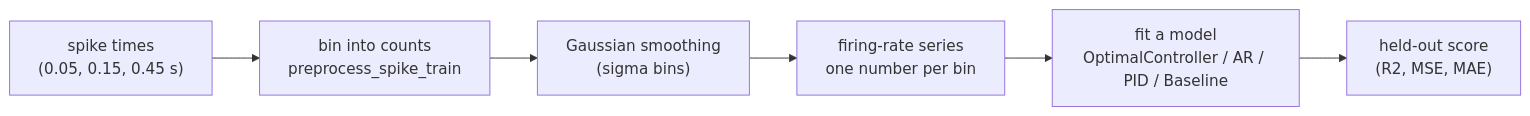
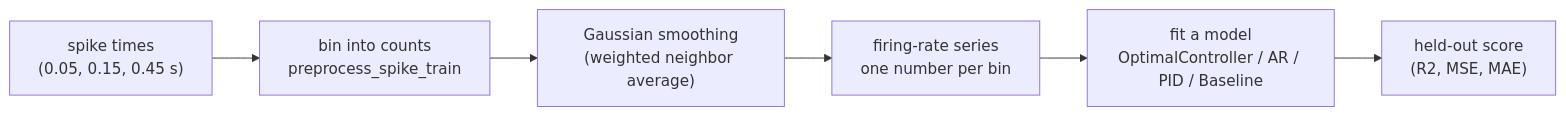
The first of 3 diagrams in docs/EXTENDED_INTRODUCTION.md (hwilner/neurons-adaptive-controllers), drawn with Mermaid before and after one commit. The commit also changed other lines of this file, not shown here.

````diff
--- a/docs/EXTENDED_INTRODUCTION.md
+++ b/docs/EXTENDED_INTRODUCTION.md
@@ -13,8 +15,8 @@
 ```mermaid
 flowchart LR
     A["spike times<br/>(0.05, 0.15, 0.45 s)"] --> B["bin into counts<br/>preprocess_spike_train"]
-    B --> C["Gaussian smoothing<br/>(sigma bins)"]
+    B --> C["Gaussian smoothing<br/>(weighted neighbor average)"]
     C --> D["firing-rate series<br/>one number per bin"]
     D --> E["fit a model<br/>OptimalController / AR / PID / Baseline"]
     E --> F["held-out score<br/>(R2, MSE, MAE)"]
 ```
````
